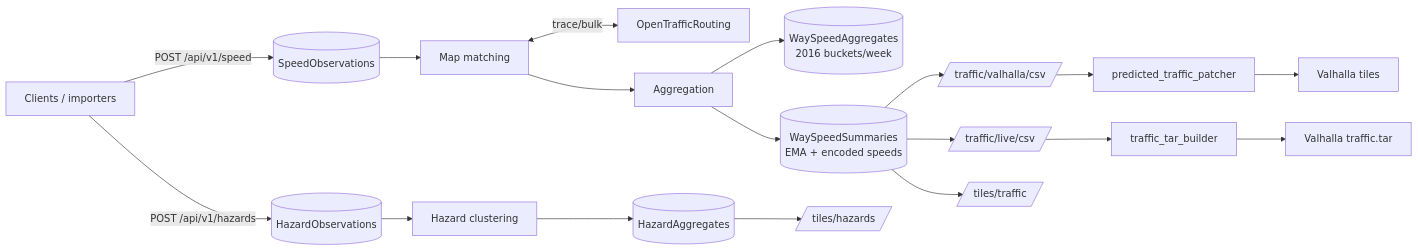
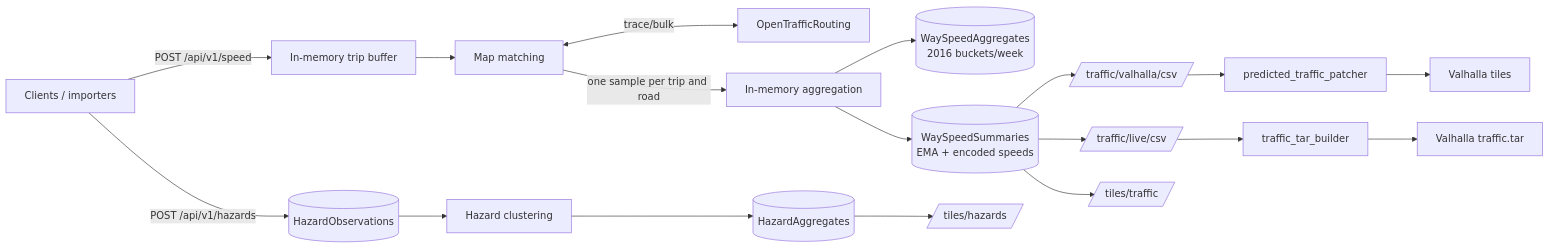
One commit to mKenfenheuer/OpenTrafficDB changed the diagram in README.md. Above: the diagram before and after it, drawn with Mermaid. The commit also changed other lines of this file and 17 other files, not shown here.

First line of the commit message:
In-memory speed pipeline: raw observations never touch the database

````diff
--- a/README.md
+++ b/README.md
@@ -48,17 +48,17 @@
 ```mermaid
 flowchart LR
-    C[Clients / importers] -->|POST /api/v1/speed| DB[(SpeedObservations)]
+    C[Clients / importers] -->|POST /api/v1/speed| BUF[In-memory trip buffer]
     C -->|POST /api/v1/hazards| HZ[(HazardObservations)]
-    DB --> MM[Map matching]
+    BUF --> MM[Map matching]
     MM <-->|trace/bulk| OTR[OpenTrafficRouting]
-    MM --> AG[Aggregation]
+    MM -->|one sample per trip and road| AG[In-memory aggregation]
     AG --> WA[(WaySpeedAggregates<br/>2016 buckets/week)]
     AG --> WS[(WaySpeedSummaries<br/>EMA + encoded speeds)]
     HZ --> HA[Hazard clustering] --> HAG[(HazardAggregates)]
     WS --> CSV1[/traffic/valhalla/csv/]
     WS --> CSV2[/traffic/live/csv/]
     WS --> T1[/tiles/traffic/]
     HAG --> T2[/tiles/hazards/]
     CSV1 --> PTP[predicted_traffic_patcher] --> V[Valhalla tiles]
     CSV2 --> TTB[traffic_tar_builder] --> VT[Valhalla traffic.tar]
 ```
````
